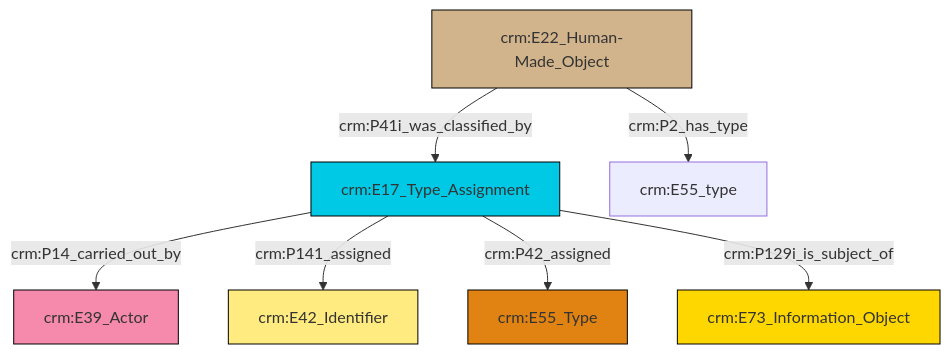
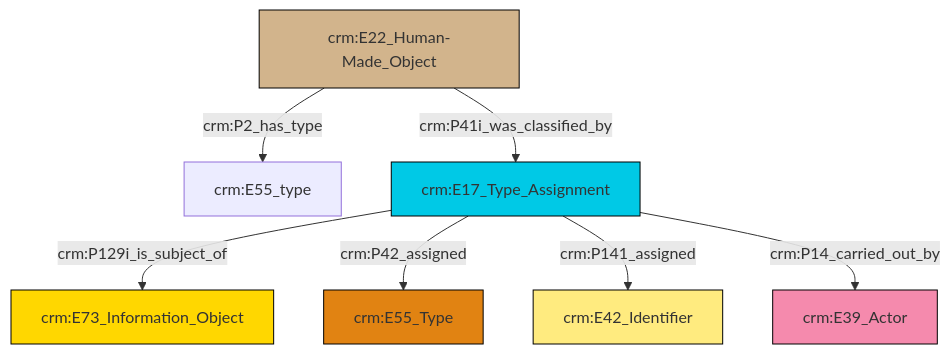
Before and after one commit to ncarboni/srdm: the diagram in et/builtWorkCSV/ttl/mmd/Built_Work_designation_status.ttl.mmd, drawn with Mermaid. The commit also changed 127 other files, not shown here.

```diff
--- a/et/builtWorkCSV/ttl/mmd/Built_Work_designation_status.ttl.mmd
+++ b/et/builtWorkCSV/ttl/mmd/Built_Work_designation_status.ttl.mmd
@@ -1,21 +1,21 @@
 graph TD
 classDef Literal fill:#f2f2f2,stroke:#000000;
 classDef CRM_Entity fill:#FFFFFF,stroke:#000000;
 classDef Temporal_Entity fill:#00C9E6, stroke:#000000;
 classDef Type fill:#E18312, stroke:#000000;
 classDef Time-Span fill:#2C9C91, stroke:#000000;
 classDef Appellation fill:#FFEB7F, stroke:#000000;
 classDef Place fill:#008836, stroke:#000000;
 classDef Persistent_Item fill:#B266B2, stroke:#000000;
 classDef Conceptual_Object fill:#FFD700, stroke:#000000;
 classDef Physical_Thing fill:#D2B48C, stroke:#000000;
 classDef Actor fill:#f58aad, stroke:#000000;
 classDef PC_Classes fill:#4ce600, stroke:#000000;
 classDef Multi fill:#cccccc,stroke:#000000;
 
-3["crm:E22_Human-Made_Object"]:::Physical_Thing -->|crm:P41i_was_classified_by| 7["crm:E17_Type_Assignment"]:::Temporal_Entity
-3["crm:E22_Human-Made_Object"]:::Physical_Thing -->|crm:P2_has_type| 9["crm:E55_type"]:::Default
-7["crm:E17_Type_Assignment"]:::Temporal_Entity -->|crm:P14_carried_out_by| 5["crm:E39_Actor"]:::Actor
-7["crm:E17_Type_Assignment"]:::Temporal_Entity -->|crm:P141_assigned| 12["crm:E42_Identifier"]:::Appellation
-7["crm:E17_Type_Assignment"]:::Temporal_Entity -->|crm:P42_assigned| 0["crm:E55_Type"]:::Type
-7["crm:E17_Type_Assignment"]:::Temporal_Entity -->|crm:P129i_is_subject_of| 10["crm:E73_Information_Object"]:::Conceptual_Object
+2["crm:E22_Human-Made_Object"]:::Physical_Thing -->|crm:P2_has_type| 3["crm:E55_type"]:::Default
+2["crm:E22_Human-Made_Object"]:::Physical_Thing -->|crm:P41i_was_classified_by| 4["crm:E17_Type_Assignment"]:::Temporal_Entity
+4["crm:E17_Type_Assignment"]:::Temporal_Entity -->|crm:P129i_is_subject_of| 5["crm:E73_Information_Object"]:::Conceptual_Object
+4["crm:E17_Type_Assignment"]:::Temporal_Entity -->|crm:P42_assigned| 8["crm:E55_Type"]:::Type
+4["crm:E17_Type_Assignment"]:::Temporal_Entity -->|crm:P141_assigned| 9["crm:E42_Identifier"]:::Appellation
+4["crm:E17_Type_Assignment"]:::Temporal_Entity -->|crm:P14_carried_out_by| 0["crm:E39_Actor"]:::Actor
```
